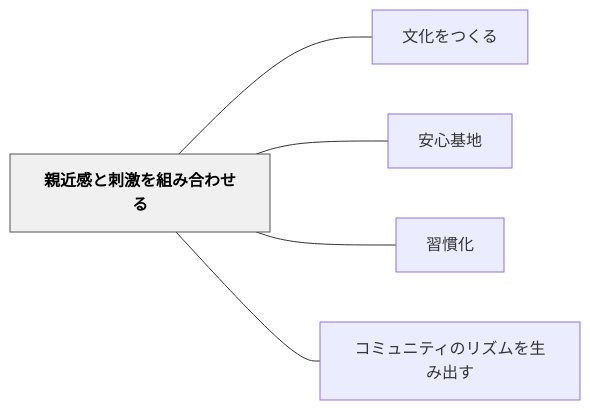
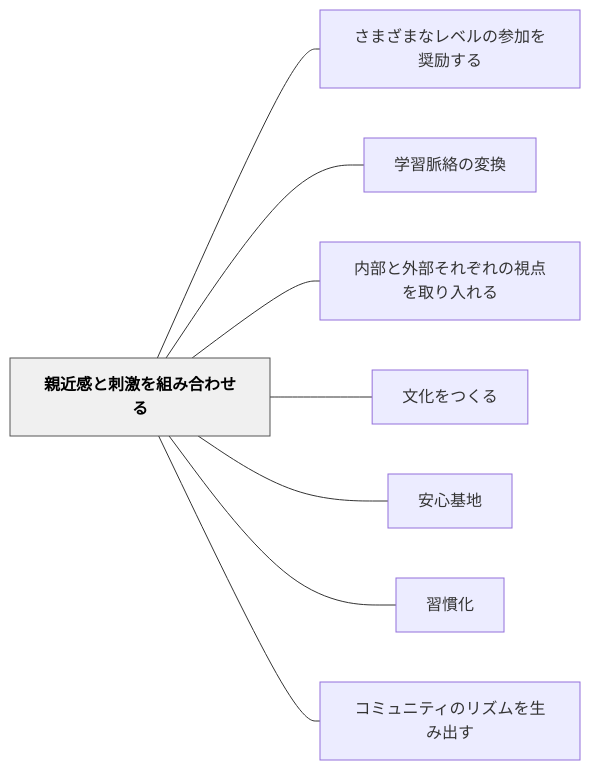
The diagram in content/パタン/親近感と刺激を組み合わせる.md (unknownthings-ed-patterns/unknownthings-ed-patterns), drawn with Mermaid before and after one commit. The commit also changed other lines of this file and 473 other files, not shown here.

````diff
--- a/content/パタン/親近感と刺激を組み合わせる.md
+++ b/content/パタン/親近感と刺激を組み合わせる.md
@@ -59,16 +62,22 @@
 ```mermaid
 flowchart LR
     ne8a6aae8bf91["親近感と刺激を組み合わせる"]
+    ne38195e381be["さまざまなレベルの参加を奨励する"]
+    ne5ada6e7bf92["学習脈絡の変換"]
+    ne58685e983a8["内部と外部それぞれの視点を取り入れる"]
     ne69687e58c96["文化をつくる"]
     ne5ae89e5bf83["安心基地"]
     ne7bf92e685a3["習慣化"]
     ne382b3e3839f["コミュニティのリズムを生み出す"]
 
+    ne8a6aae8bf91 --- ne38195e381be
+    ne8a6aae8bf91 --- ne5ada6e7bf92
+    ne8a6aae8bf91 --- ne58685e983a8
     ne8a6aae8bf91 --- ne69687e58c96
     ne8a6aae8bf91 --- ne5ae89e5bf83
     ne8a6aae8bf91 --- ne7bf92e685a3
     ne8a6aae8bf91 --- ne382b3e3839f
 
     classDef hub fill:#f0f0f0,stroke:#555,color:#000,font-weight:bold
     class ne8a6aae8bf91 hub
 ```
````
